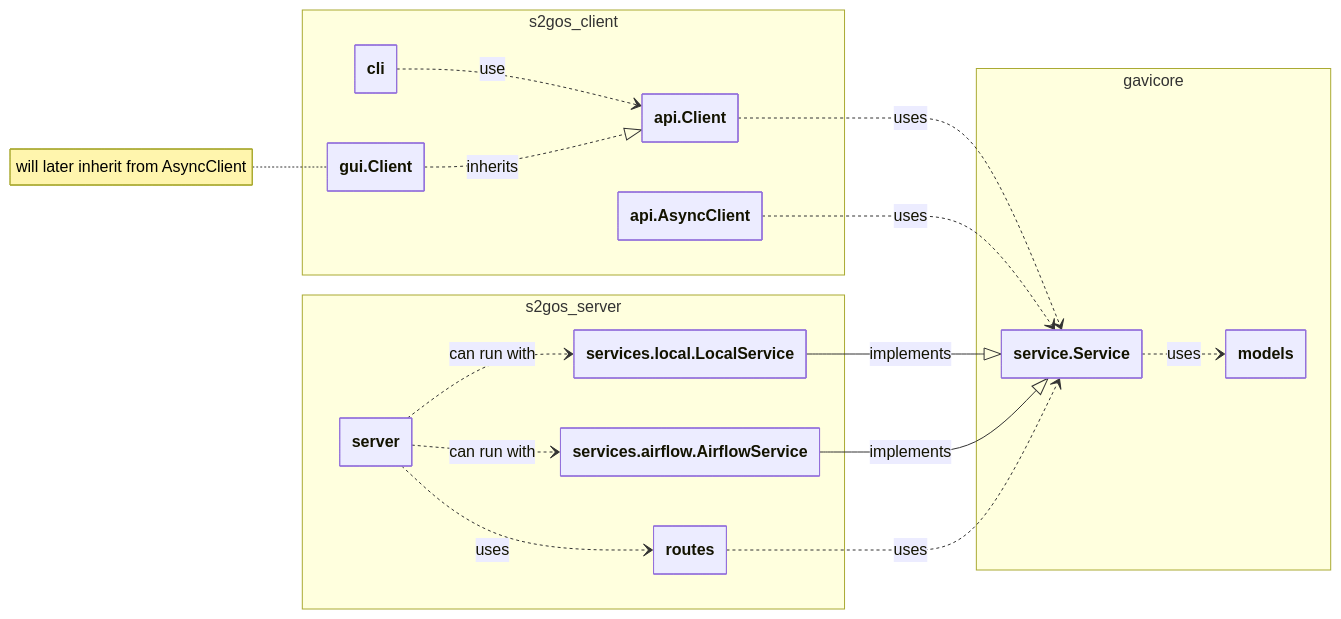
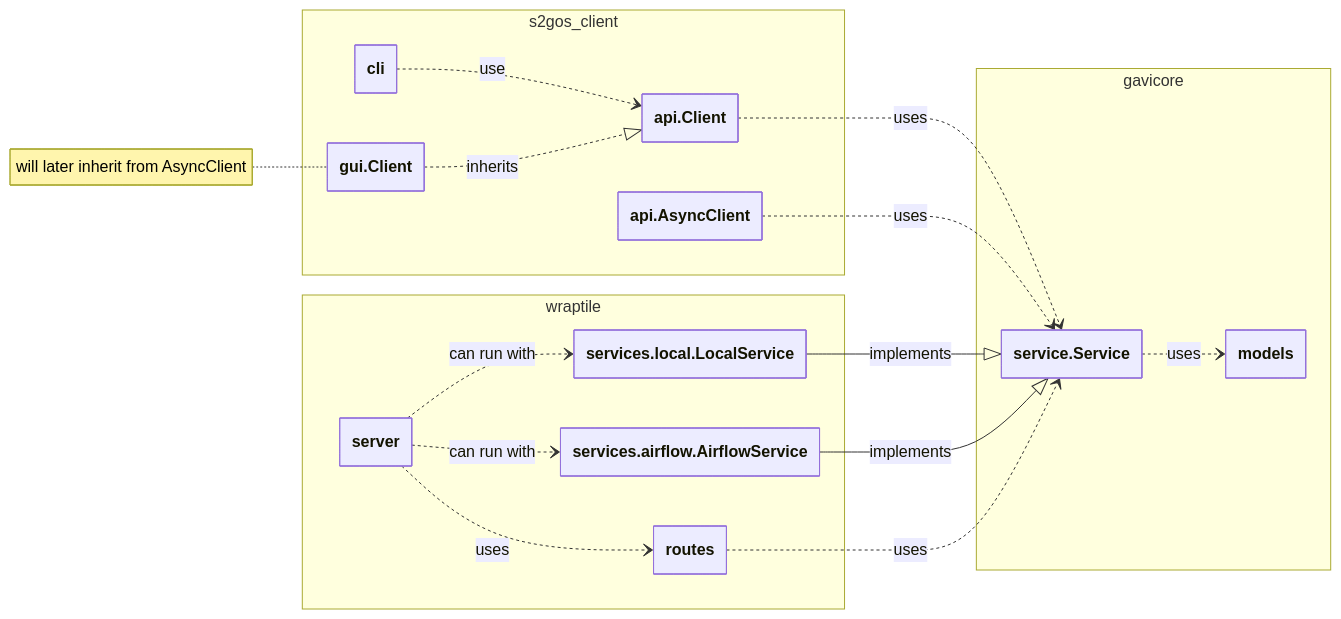
Before and after one commit to eo-tools/eozilla: the first of 6 diagrams in docs/architecture.md, drawn with Mermaid. The commit also changed other lines of this file and 44 other files, not shown here.

Commit message:
renamed `s2gos_server` into `wraptile`

````diff
--- a/docs/architecture.md
+++ b/docs/architecture.md
@@ -8,40 +8,40 @@
 ```mermaid
 ---
 config:
     class:
         hideEmptyMembersBox: true
     theme: default
 ---
 classDiagram
 direction LR
     namespace s2gos_client {
         class api.AsyncClient
         class api.Client
         class gui.Client
         class cli
     }
     namespace gavicore {
         class models
         class service.Service
     }
-    namespace s2gos_server {
+    namespace wraptile {
         class server
         class routes
         class services.local.LocalService
         class services.airflow.AirflowService
     }
 
     cli ..> api.Client : use
     gui.Client ..|> api.Client : inherits
     api.Client ..> service.Service : uses
     api.AsyncClient ..> service.Service : uses
     service.Service ..> models : uses
     services.local.LocalService --|> service.Service : implements
     services.airflow.AirflowService --|> service.Service : implements
     routes ..> service.Service : uses
     server ..> routes : uses
     server ..> services.local.LocalService : can run with
     server ..> services.airflow.AirflowService : can run with
     
     note for gui.Client "will later inherit from AsyncClient"
 ```
````
